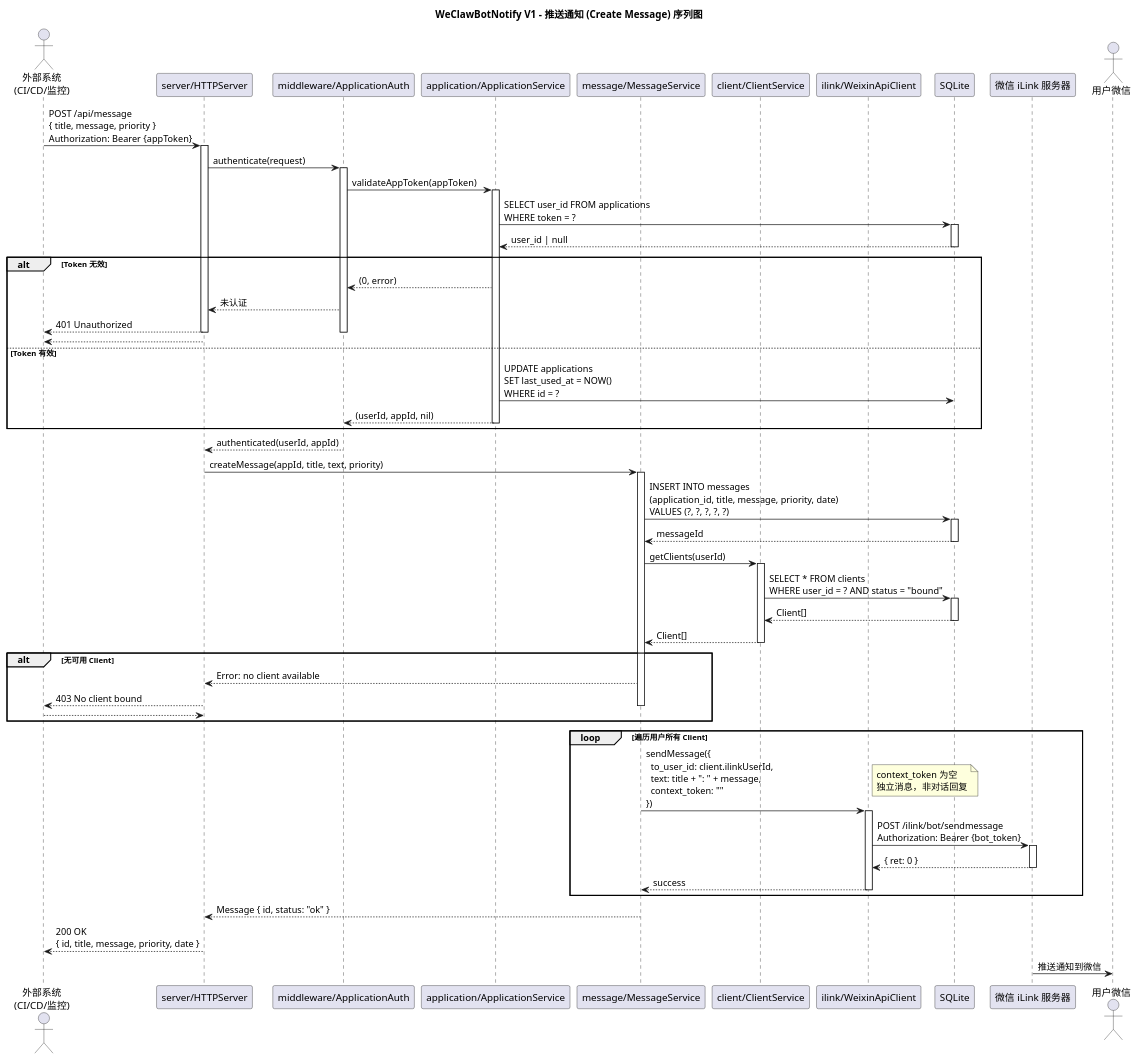
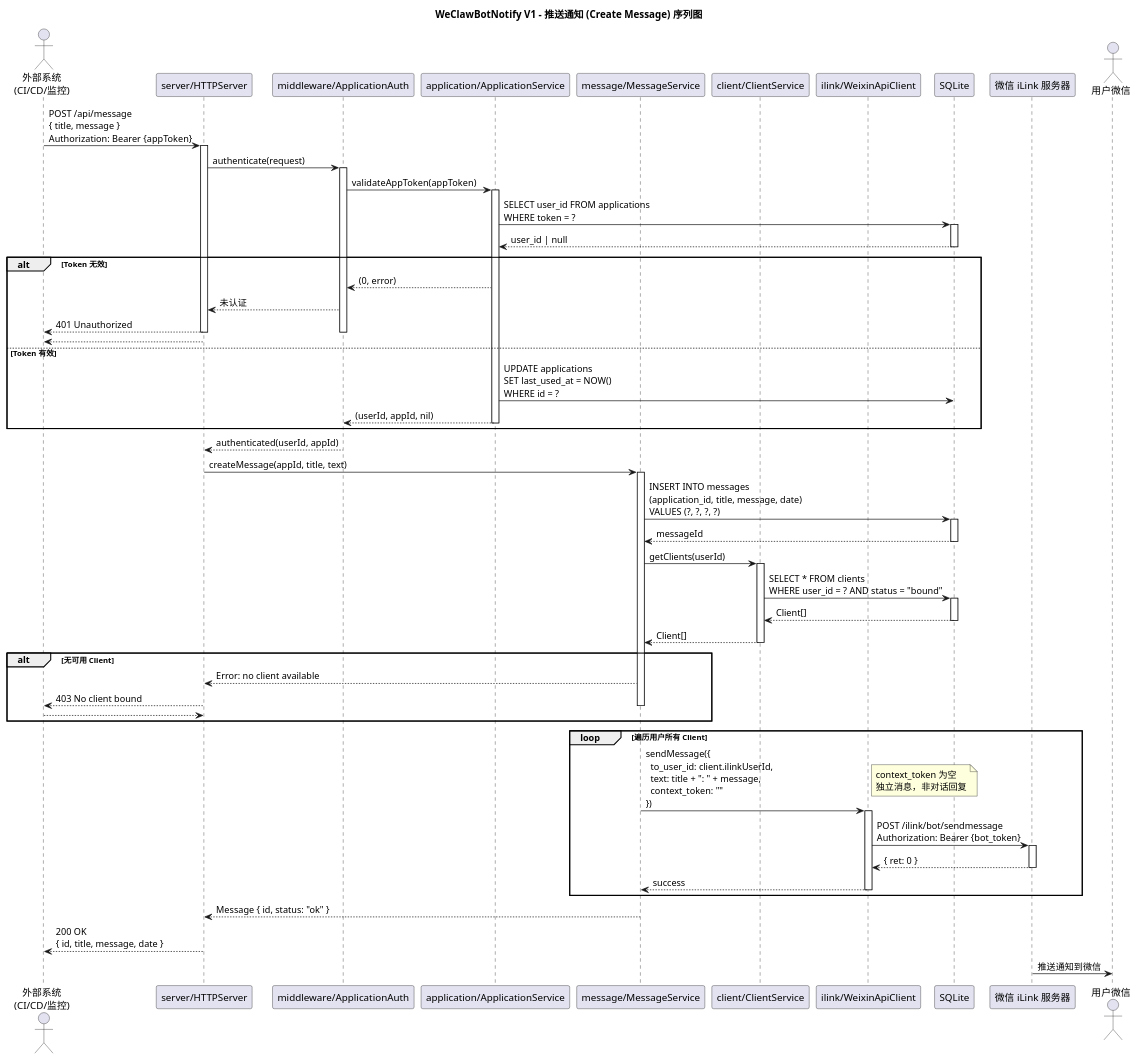
The diagram in docs/uml/05-sequence-notify.puml (loommii/weclawbotnotify), drawn with PlantUML before and after one commit. The commit also changed 5 other files, not shown here.

First line of the commit message:
♻️ refactor(uml): 移除 priority 字段并澄清 token 存储语义

```diff
--- a/docs/uml/05-sequence-notify.puml
+++ b/docs/uml/05-sequence-notify.puml
@@ -1,94 +1,94 @@
 @startuml WeClawBotNotify_NotifySequence
 
 title WeClawBotNotify V1 - 推送通知 (Create Message) 序列图
 
 actor "外部系统\n(CI/CD/监控)" as Ext
 participant "server/HTTPServer" as API
 participant "middleware/ApplicationAuth" as AppAuth
 participant "application/ApplicationService" as AppSvc
 participant "message/MessageService" as MsgSvc
 participant "client/ClientService" as ClientSvc
 participant "ilink/WeixinApiClient" as ILClient
 participant "SQLite" as DB
 participant "微信 iLink 服务器" as WeChat
 actor "用户微信" as UserWeChat
 
-Ext -> API : POST /api/message\n{ title, message, priority }\nAuthorization: Bearer {appToken}
+Ext -> API : POST /api/message\n{ title, message }\nAuthorization: Bearer {appToken}
 activate API
 
 API -> AppAuth : authenticate(request)
 activate AppAuth
 
 AppAuth -> AppSvc : validateAppToken(appToken)
 activate AppSvc
 AppSvc -> DB : SELECT user_id FROM applications\nWHERE token = ?
 activate DB
 DB --> AppSvc : user_id | null
 deactivate DB
 
 alt Token 无效
   AppSvc --> AppAuth : (0, error)
   AppAuth --> API : 未认证
   API --> Ext : 401 Unauthorized
   deactivate AppAuth
   deactivate API
   return
 else Token 有效
   AppSvc -> DB : UPDATE applications\nSET last_used_at = NOW()\nWHERE id = ?
   AppSvc --> AppAuth : (userId, appId, nil)
   deactivate AppSvc
 end
 
 AppAuth --> API : authenticated(userId, appId)
 deactivate AppAuth
 
-API -> MsgSvc : createMessage(appId, title, text, priority)
+API -> MsgSvc : createMessage(appId, title, text)
 activate MsgSvc
 
-MsgSvc -> DB : INSERT INTO messages\n(application_id, title, message, priority, date)\nVALUES (?, ?, ?, ?, ?)
+MsgSvc -> DB : INSERT INTO messages\n(application_id, title, message, date)\nVALUES (?, ?, ?, ?)
 activate DB
 DB --> MsgSvc : messageId
 deactivate DB
 
 MsgSvc -> ClientSvc : getClients(userId)
 activate ClientSvc
 ClientSvc -> DB : SELECT * FROM clients\nWHERE user_id = ? AND status = "bound"
 activate DB
 DB --> ClientSvc : Client[]
 deactivate DB
 ClientSvc --> MsgSvc : Client[]
 deactivate ClientSvc
 
 alt 无可用 Client
   MsgSvc --> API : Error: no client available
   API --> Ext : 403 No client bound
   deactivate MsgSvc
   deactivate API
   return
 end
 
 loop 遍历用户所有 Client
   MsgSvc -> ILClient : sendMessage({\n  to_user_id: client.ilinkUserId,\n  text: title + ": " + message,\n  context_token: ""\n})
   note right
     context_token 为空
     独立消息，非对话回复
   end note
 
   activate ILClient
   ILClient -> WeChat : POST /ilink/bot/sendmessage\nAuthorization: Bearer {bot_token}
   activate WeChat
   WeChat --> ILClient : { ret: 0 }
   deactivate WeChat
   ILClient --> MsgSvc : success
   deactivate ILClient
 end
 
 MsgSvc --> API : Message { id, status: "ok" }
 deactivate MsgSvc
 
-API --> Ext : 200 OK\n{ id, title, message, priority, date }
+API --> Ext : 200 OK\n{ id, title, message, date }
 deactivate API
 
 WeChat -> UserWeChat : 推送通知到微信
 
 @enduml
```
